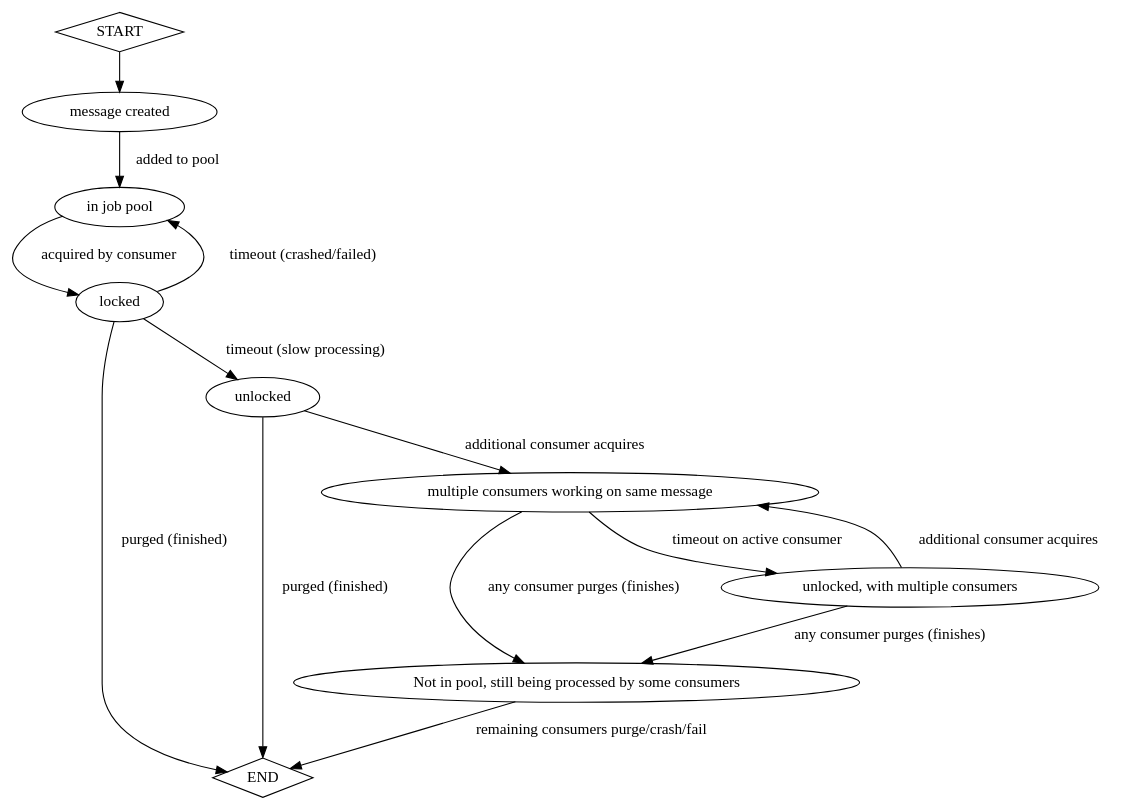
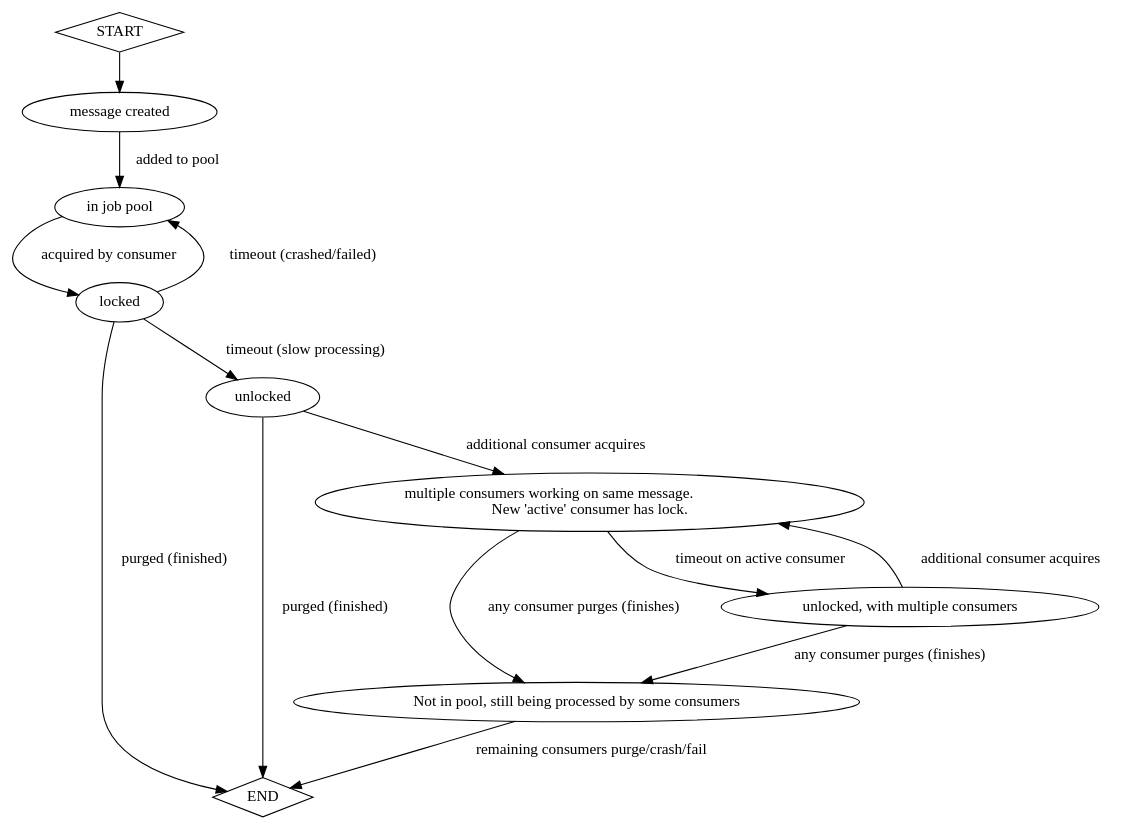
One commit to fredemmott/jp changed the diagram in lifecycle.dot. Above: the diagram before and after it, drawn with Graphviz.

Commit message:
documentation clarification

```diff
--- a/lifecycle.dot
+++ b/lifecycle.dot
@@ -1,39 +1,39 @@
 digraph G {
 	start -> created
 	created -> in_pool [ label = " added to pool " ]
 	in_pool -> locked [ label = " acquired by consumer " ]
 	locked -> end [ label = " purged (finished) " ]
 	locked -> in_pool [label = " timeout (crashed/failed) "]
 	locked -> unlocked [label = " timeout (slow processing) "]
 	unlocked -> end [label = " purged (finished) "]
 	unlocked -> multiple_consumers [label = " additional consumer acquires "]
 	multiple_consumers -> one_purged[label = " any consumer purges (finishes) "]
 	one_purged -> end[label = " remaining consumers purge/crash/fail " ]
 	multiple_consumers -> unlocked_with_consumers [label = " timeout on active consumer " ]
 	unlocked_with_consumers -> multiple_consumers [label = " additional consumer acquires " ]
 	unlocked_with_consumers -> one_purged [label = " any consumer purges (finishes) "]
 
 	start [
 		label = "START"
 		shape = "diamond"
 	]
 	end [
 		label = "END"
 		shape = "diamond"
 	]
 	created [
 		label = "message created"
 	]
 	in_pool [
 		label = "in job pool"
 	]
 	multiple_consumers [
-		label = "multiple consumers working on same message"
+		label = "multiple consumers working on same message.\lNew 'active' consumer has lock."
 	]
 	unlocked_with_consumers [
 		label = "unlocked, with multiple consumers"
 	]
 	one_purged [
 		label = "Not in pool, still being processed by some consumers"
 	]
 }
```
